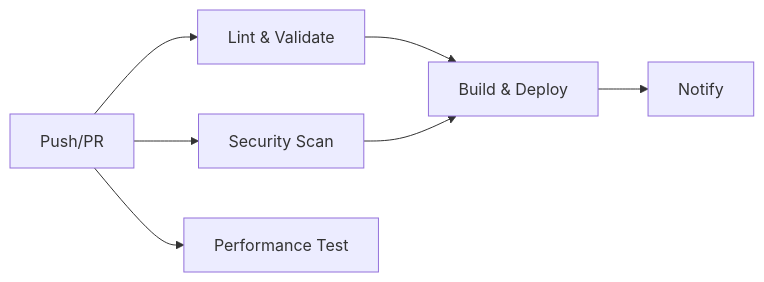
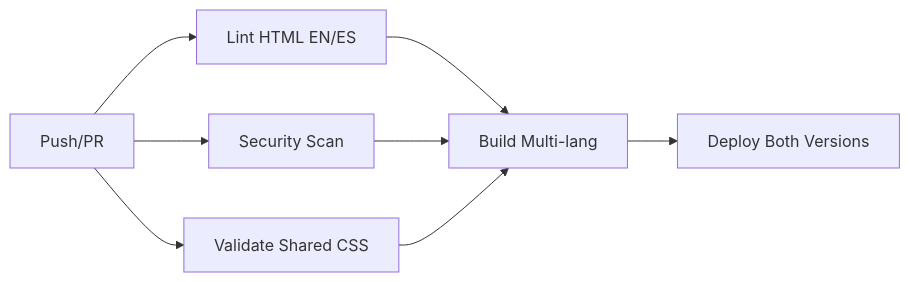
Before and after one commit to ignazer/CV_IMG: the diagram in README.md, drawn with Mermaid. The commit also changed other lines of this file and 7 other files, not shown here.

````diff
--- a/README.md
+++ b/README.md
@@ -27,9 +29,10 @@
 ```mermaid
 graph LR
-    A[Push/PR] --> B[Lint & Validate]
+    A[Push/PR] --> B[Lint HTML EN/ES]
     A --> C[Security Scan]
-    A --> D[Performance Test]
-    B --> E[Build & Deploy]
+    A --> D[Validate Shared CSS]
+    B --> E[Build Multi-lang]
     C --> E
-    E --> F[Notify]
+    D --> E
+    E --> F[Deploy Both Versions]
 ```
````
